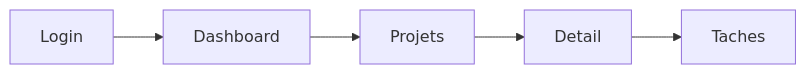
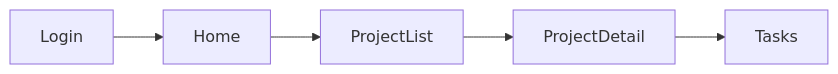
The diagram in .claude/commands/wf-architect.md (jean-baptiste-tiple/Graybox), drawn with Mermaid before and after one commit. The commit also changed other lines of this file and 39 other files, not shown here.

````diff
--- a/.claude/commands/wf-architect.md
+++ b/.claude/commands/wf-architect.md
@@ -52,7 +66,7 @@
 ```mermaid
 graph LR
-    Login --> Dashboard
-    Dashboard --> Projets
-    Projets --> Detail
-    Detail --> Taches
+    Login --> Home
+    Home --> ProjectList
+    ProjectList --> ProjectDetail
+    ProjectDetail --> Tasks
 ```
````
